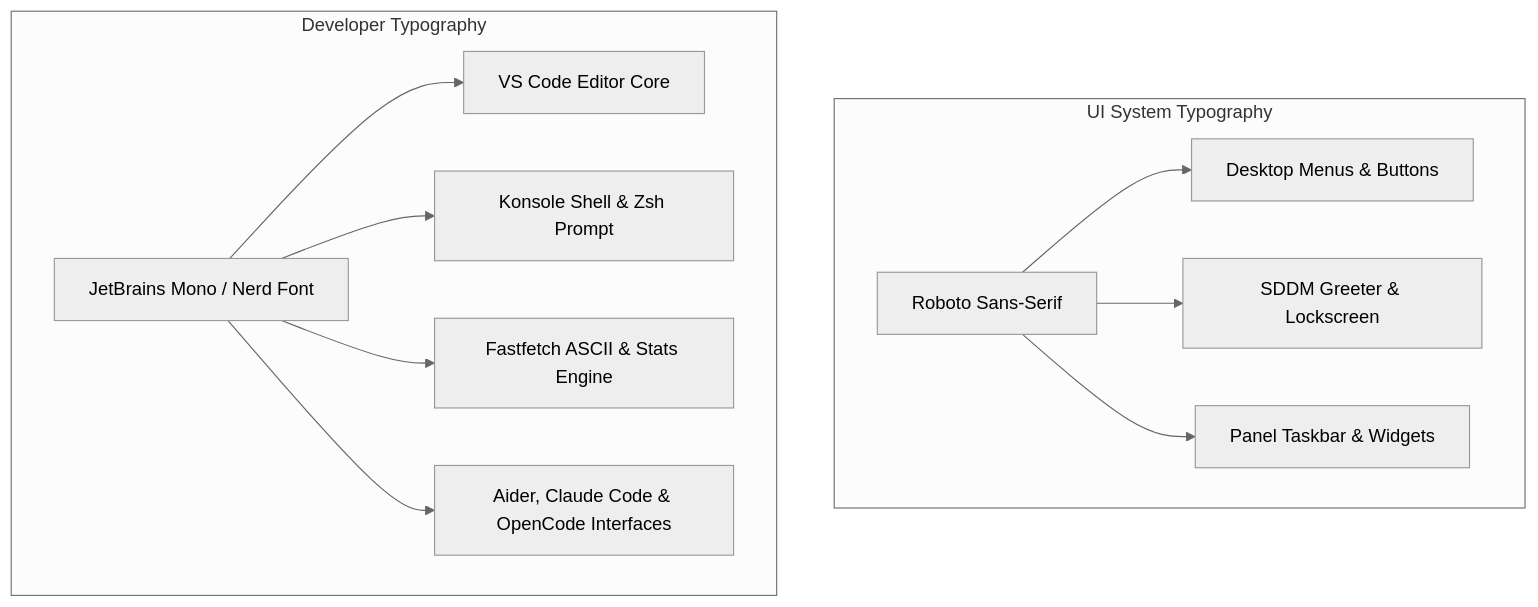
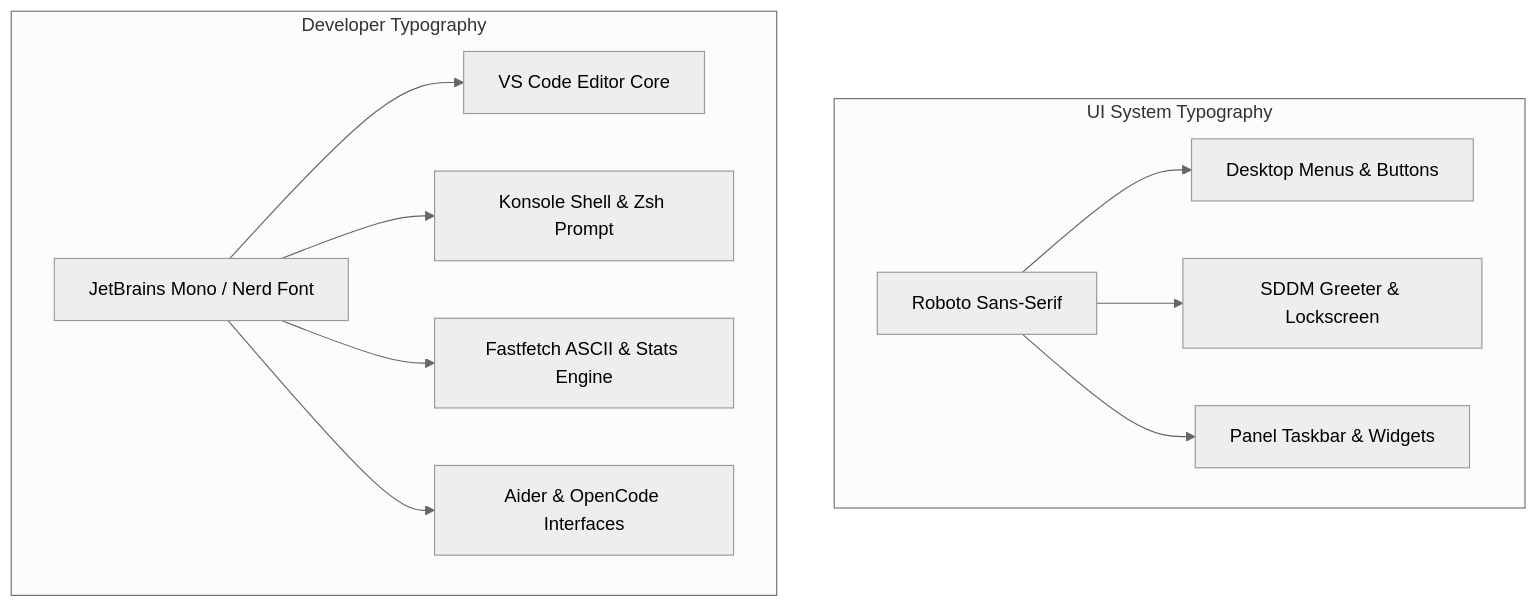
One commit to Aak4shz/Umbrella-Corporation_OS changed the third of 6 diagrams in DESIGN.md. Above: the diagram before and after it, drawn with Mermaid (neutral theme). The commit also changed other lines of this file, not shown here.

First line of the commit message:
docs: remove Claude Code from AI coding tooling references

````diff
--- a/DESIGN.md
+++ b/DESIGN.md
@@ -224,15 +224,15 @@
 ```mermaid
 flowchart TD
     subgraph UI System Typography
         R1[Roboto Sans-Serif] --> UI_APP[Desktop Menus & Buttons]
         R1 --> UI_SDDM[SDDM Greeter & Lockscreen]
         R1 --> UI_PANEL[Panel Taskbar & Widgets]
     end
 
     subgraph Developer Typography
         J1[JetBrains Mono / Nerd Font] --> CODE_ED[VS Code Editor Core]
         J1 --> TERM_SH[Konsole Shell & Zsh Prompt]
         J1 --> HUD_FF[Fastfetch ASCII & Stats Engine]
-        J1 --> AI_CLI[Aider, Claude Code & OpenCode Interfaces]
+        J1 --> AI_CLI[Aider & OpenCode Interfaces]
     end
 ```
````
